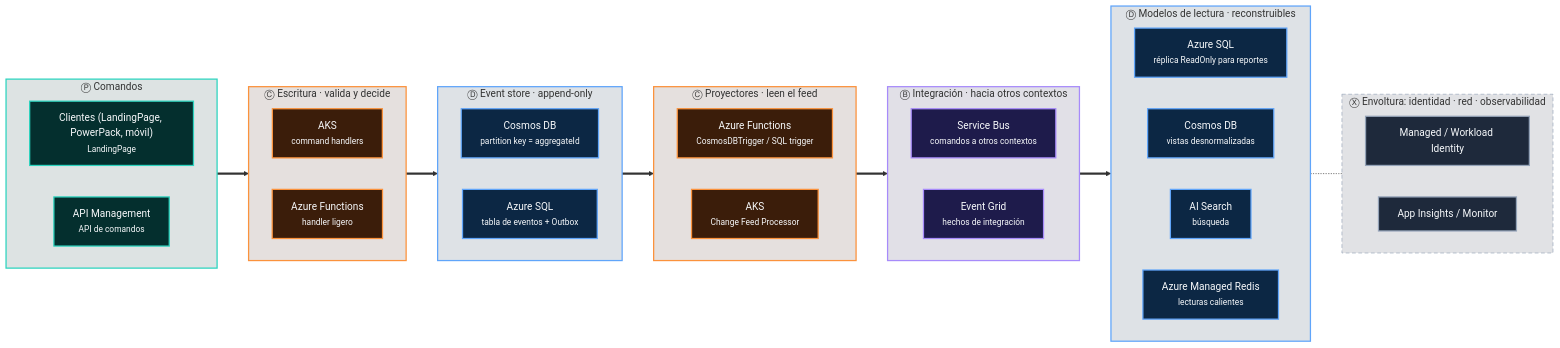
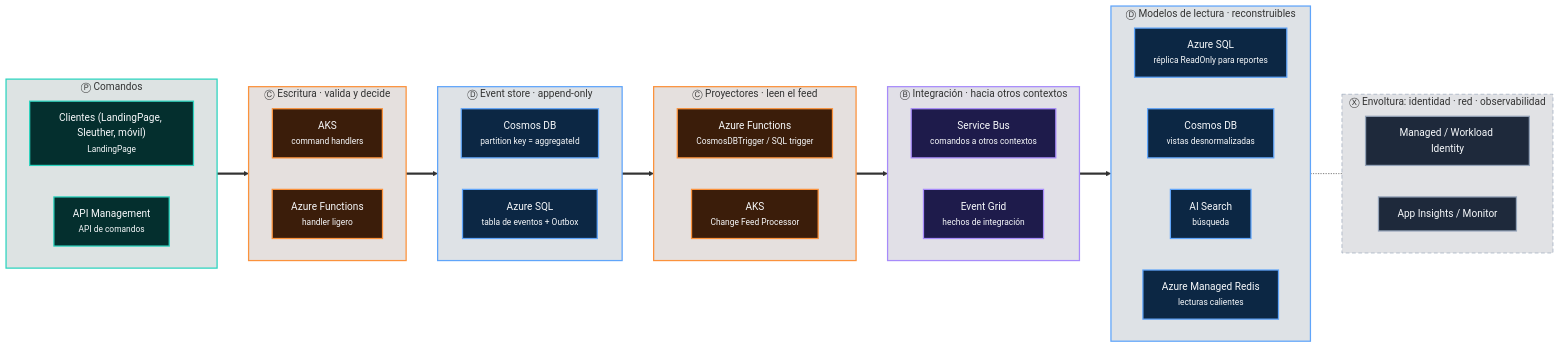
The sixth of 13 diagrams in docs/11-trece-arquitecturas-como-frases.md (CristianSifuentes/QuickTheoryNET), drawn with Mermaid before and after one commit. The commit also changed other lines of this file and 17 other files, not shown here.

First line of the commit message:
Rename the PowerPack project to Sleuther

````diff
--- a/docs/11-trece-arquitecturas-como-frases.md
+++ b/docs/11-trece-arquitecturas-como-frases.md
@@ -544,59 +544,59 @@
 ```mermaid
 flowchart LR
     subgraph L0["Ⓟ Comandos"]
         direction LR
-        L0_0["Clientes (LandingPage, PowerPack, móvil)<br/><small>LandingPage</small>"]:::P
+        L0_0["Clientes (LandingPage, Sleuther, móvil)<br/><small>LandingPage</small>"]:::P
         L0_1["API Management<br/><small>API de comandos</small>"]:::P
     end
     style L0 fill:#042F2E22,stroke:#2DD4BF,stroke-width:2px
     subgraph L1["Ⓒ Escritura · valida y decide"]
         direction LR
         L1_0["AKS<br/><small>command handlers</small>"]:::C
         L1_1["Azure Functions<br/><small>handler ligero</small>"]:::C
     end
     style L1 fill:#3B1D0A22,stroke:#FB923C,stroke-width:2px
     subgraph L2["Ⓓ Event store · append-only"]
         direction LR
         L2_0["Cosmos DB<br/><small>partition key = aggregateId</small>"]:::D
         L2_1["Azure SQL<br/><small>tabla de eventos + Outbox</small>"]:::D
     end
     style L2 fill:#0C274422,stroke:#60A5FA,stroke-width:2px
     subgraph L3["Ⓒ Proyectores · leen el feed"]
         direction LR
         L3_0["Azure Functions<br/><small>CosmosDBTrigger / SQL trigger</small>"]:::C
         L3_1["AKS<br/><small>Change Feed Processor</small>"]:::C
     end
     style L3 fill:#3B1D0A22,stroke:#FB923C,stroke-width:2px
     subgraph L4["Ⓑ Integración · hacia otros contextos"]
         direction LR
         L4_0["Service Bus<br/><small>comandos a otros contextos</small>"]:::B
         L4_1["Event Grid<br/><small>hechos de integración</small>"]:::B
     end
     style L4 fill:#1E1B4B22,stroke:#A78BFA,stroke-width:2px
     subgraph L5["Ⓓ Modelos de lectura · reconstruibles"]
         direction LR
         L5_0["Azure SQL<br/><small>réplica ReadOnly para reportes</small>"]:::D
         L5_1["Cosmos DB<br/><small>vistas desnormalizadas</small>"]:::D
         L5_2["AI Search<br/><small>búsqueda</small>"]:::D
         L5_3["Azure Managed Redis<br/><small>lecturas calientes</small>"]:::D
     end
     style L5 fill:#0C274422,stroke:#60A5FA,stroke-width:2px
     L0 ==> L1
     L1 ==> L2
     L2 ==> L3
     L3 ==> L4
     L4 ==> L5
     subgraph XX["Ⓧ Envoltura: identidad · red · observabilidad"]
         direction LR
         X0["Managed / Workload Identity"]:::X
         X1["App Insights / Monitor"]:::X
     end
     style XX fill:#1E293B22,stroke:#94A3B8,stroke-dasharray:6 4
     L5 -.- XX
     classDef P fill:#042F2E,stroke:#2DD4BF,color:#F8FAFC,stroke-width:2px
     classDef B fill:#1E1B4B,stroke:#A78BFA,color:#F8FAFC,stroke-width:2px
     classDef C fill:#3B1D0A,stroke:#FB923C,color:#F8FAFC,stroke-width:2px
     classDef D fill:#0C2744,stroke:#60A5FA,color:#F8FAFC,stroke-width:2px
     classDef S fill:#1A2E05,stroke:#A3E635,color:#F8FAFC,stroke-width:2px
     classDef X fill:#1E293B,stroke:#94A3B8,color:#F8FAFC,stroke-width:2px
 ```
````
